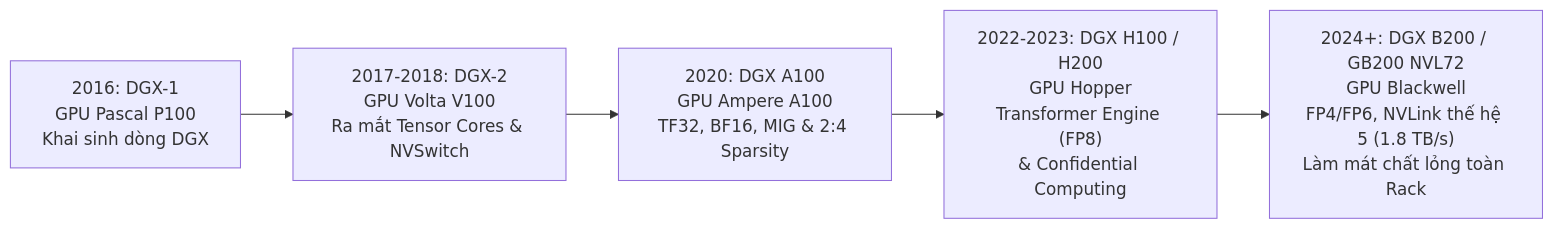
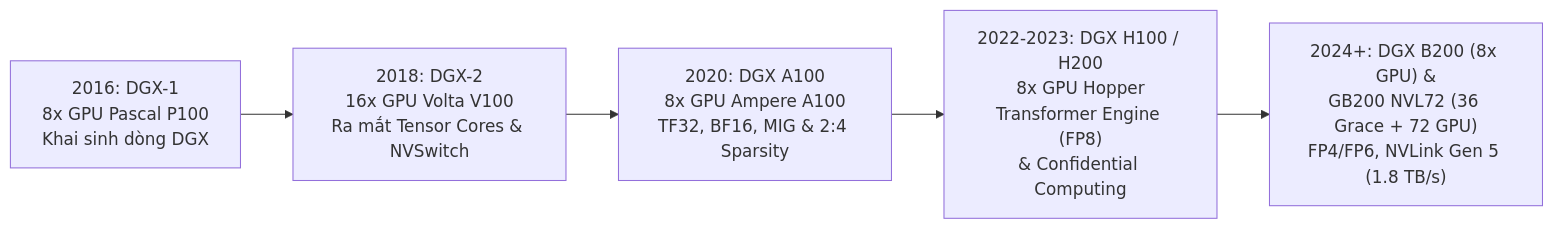
One commit to nxthanh2904/nca-genl changed the second of 6 diagrams in Module_08_NVIDIA_Ecosystem.md. Above: the diagram before and after it, drawn with Mermaid. The commit also changed other lines of this file and 6 other files, not shown here.

````diff
--- a/Module_08_NVIDIA_Ecosystem.md
+++ b/Module_08_NVIDIA_Ecosystem.md
@@ -41,10 +48,10 @@
 ```mermaid
 flowchart LR
-    D1["2016: DGX-1<br/>GPU Pascal P100<br/>Khai sinh dòng DGX"]
-    D2["2017-2018: DGX-2<br/>GPU Volta V100<br/>Ra mắt Tensor Cores & NVSwitch"]
-    D3["2020: DGX A100<br/>GPU Ampere A100<br/>TF32, BF16, MIG & 2:4 Sparsity"]
-    D4["2022-2023: DGX H100 / H200<br/>GPU Hopper<br/>Transformer Engine (FP8)<br/>& Confidential Computing"]
-    D5["2024+: DGX B200 / GB200 NVL72<br/>GPU Blackwell<br/>FP4/FP6, NVLink thế hệ 5 (1.8 TB/s)<br/>Làm mát chất lỏng toàn Rack"]
+    D1["2016: DGX-1<br/>8x GPU Pascal P100<br/>Khai sinh dòng DGX"]
+    D2["2018: DGX-2<br/>16x GPU Volta V100<br/>Ra mắt Tensor Cores & NVSwitch"]
+    D3["2020: DGX A100<br/>8x GPU Ampere A100<br/>TF32, BF16, MIG & 2:4 Sparsity"]
+    D4["2022-2023: DGX H100 / H200<br/>8x GPU Hopper<br/>Transformer Engine (FP8)<br/>& Confidential Computing"]
+    D5["2024+: DGX B200 (8x GPU) &<br/>GB200 NVL72 (36 Grace + 72 GPU)<br/>FP4/FP6, NVLink Gen 5 (1.8 TB/s)"]
 
     D1 --> D2 --> D3 --> D4 --> D5
 ```
````
